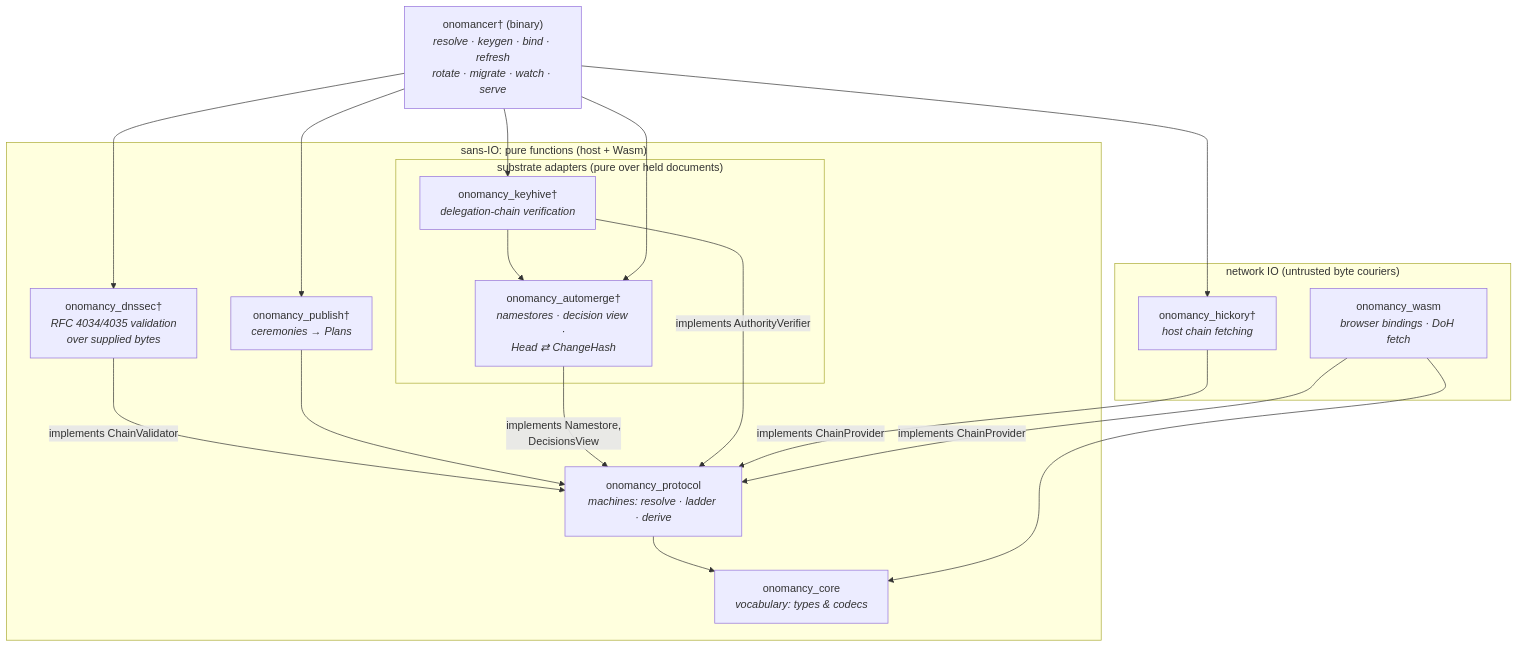
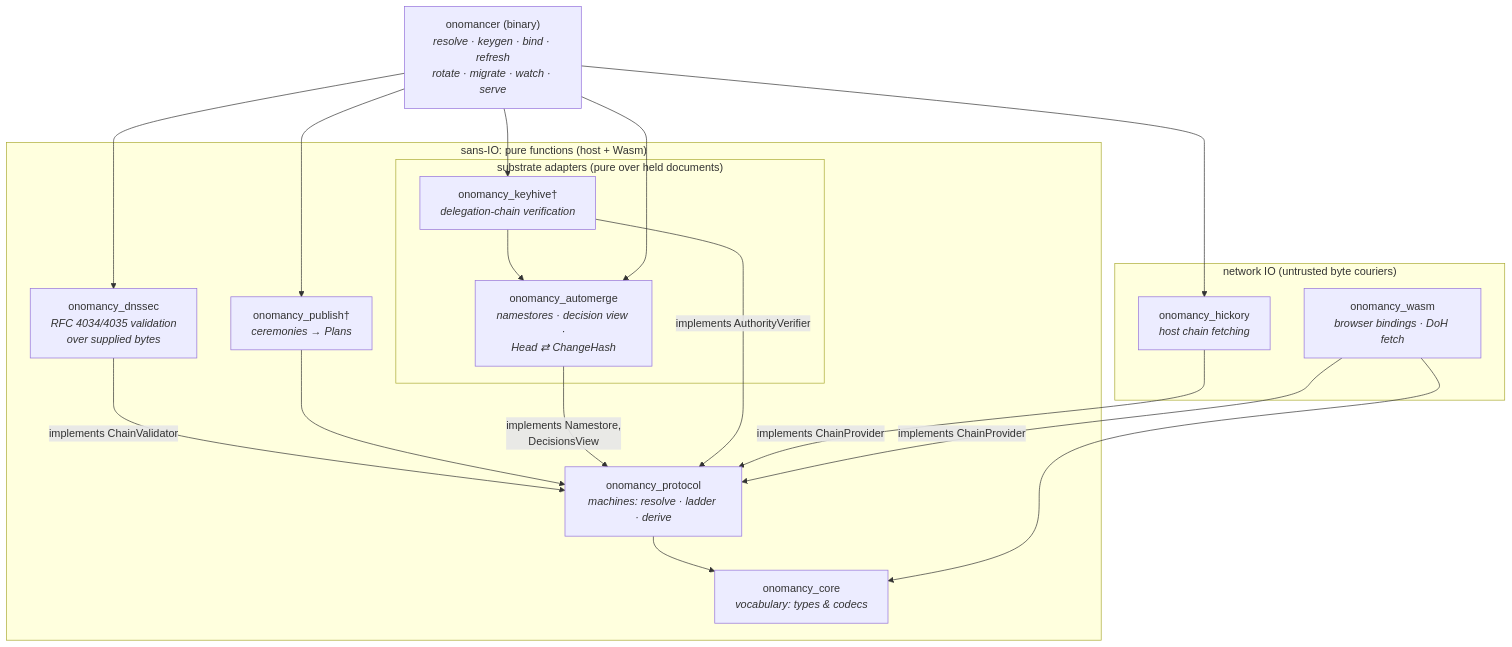
The diagram in README.md (inkandswitch/onomancy), drawn with Mermaid before and after one commit. The commit also changed other lines of this file and 29 other files, not shown here.

````diff
--- a/README.md
+++ b/README.md
@@ -38,36 +42,36 @@
 ```mermaid
 graph TD
     subgraph pure ["sans-IO: pure functions (host + Wasm)"]
         core["onomancy_core<br/><i>vocabulary: types & codecs</i>"]
         proto["onomancy_protocol<br/><i>machines: resolve · ladder · derive</i>"]
-        dnssec["onomancy_dnssec†<br/><i>RFC 4034/4035 validation<br/>over supplied bytes</i>"]
+        dnssec["onomancy_dnssec<br/><i>RFC 4034/4035 validation<br/>over supplied bytes</i>"]
         publish["onomancy_publish†<br/><i>ceremonies → Plans</i>"]
 
         subgraph adapters ["substrate adapters (pure over held documents)"]
-            automerge["onomancy_automerge†<br/><i>namestores · decision view ·<br/>Head ⇄ ChangeHash</i>"]
+            automerge["onomancy_automerge<br/><i>namestores · decision view ·<br/>Head ⇄ ChangeHash</i>"]
             keyhive["onomancy_keyhive†<br/><i>delegation-chain verification</i>"]
         end
     end
 
     subgraph network ["network IO (untrusted byte couriers)"]
-        hickory["onomancy_hickory†<br/><i>host chain fetching</i>"]
+        hickory["onomancy_hickory<br/><i>host chain fetching</i>"]
         wasm["onomancy_wasm<br/><i>browser bindings · DoH fetch</i>"]
     end
 
-    onomancer["onomancer† (binary)<br/><i>resolve · keygen · bind · refresh<br/>rotate · migrate · watch · serve</i>"]
+    onomancer["onomancer (binary)<br/><i>resolve · keygen · bind · refresh<br/>rotate · migrate · watch · serve</i>"]
 
     proto --> core
     dnssec -- "implements ChainValidator" --> proto
     publish --> proto
     automerge -- "implements Namestore,<br/>DecisionsView" --> proto
     keyhive -- "implements AuthorityVerifier" --> proto
     keyhive --> automerge
     hickory -- "implements ChainProvider" --> proto
     wasm --> core
     wasm -- "implements ChainProvider" --> proto
     onomancer --> publish
     onomancer --> dnssec
     onomancer --> hickory
     onomancer --> automerge
     onomancer --> keyhive
 ```
````
